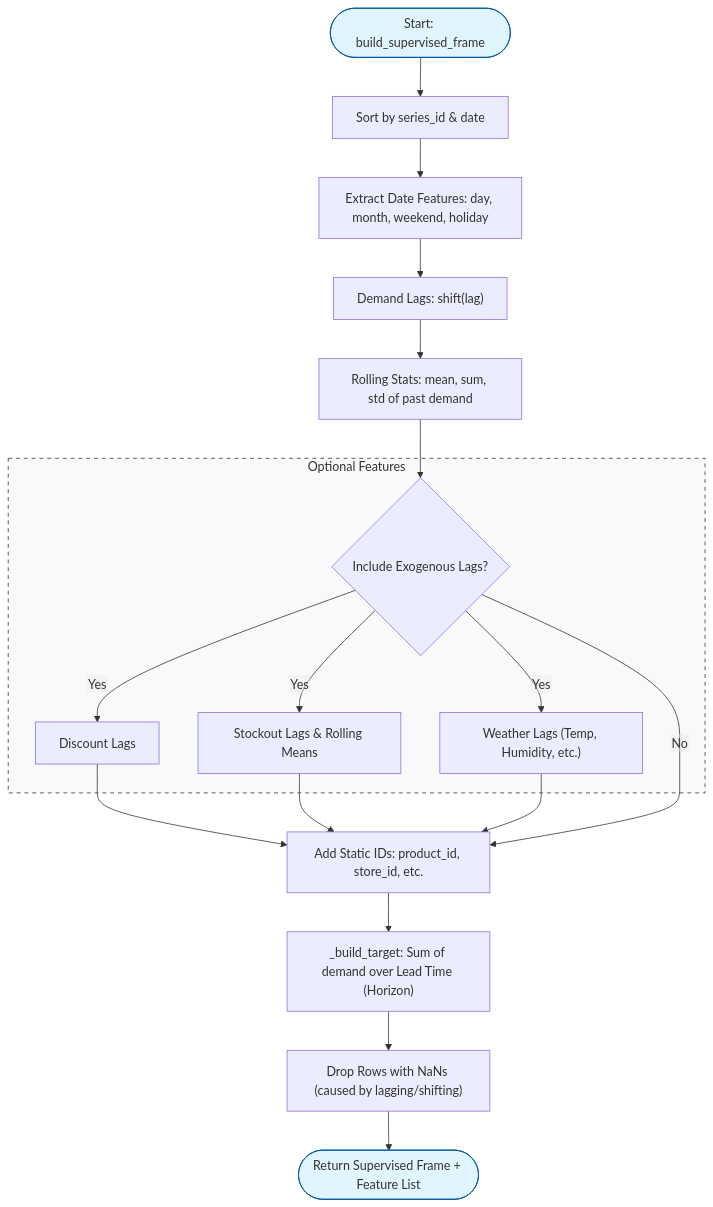
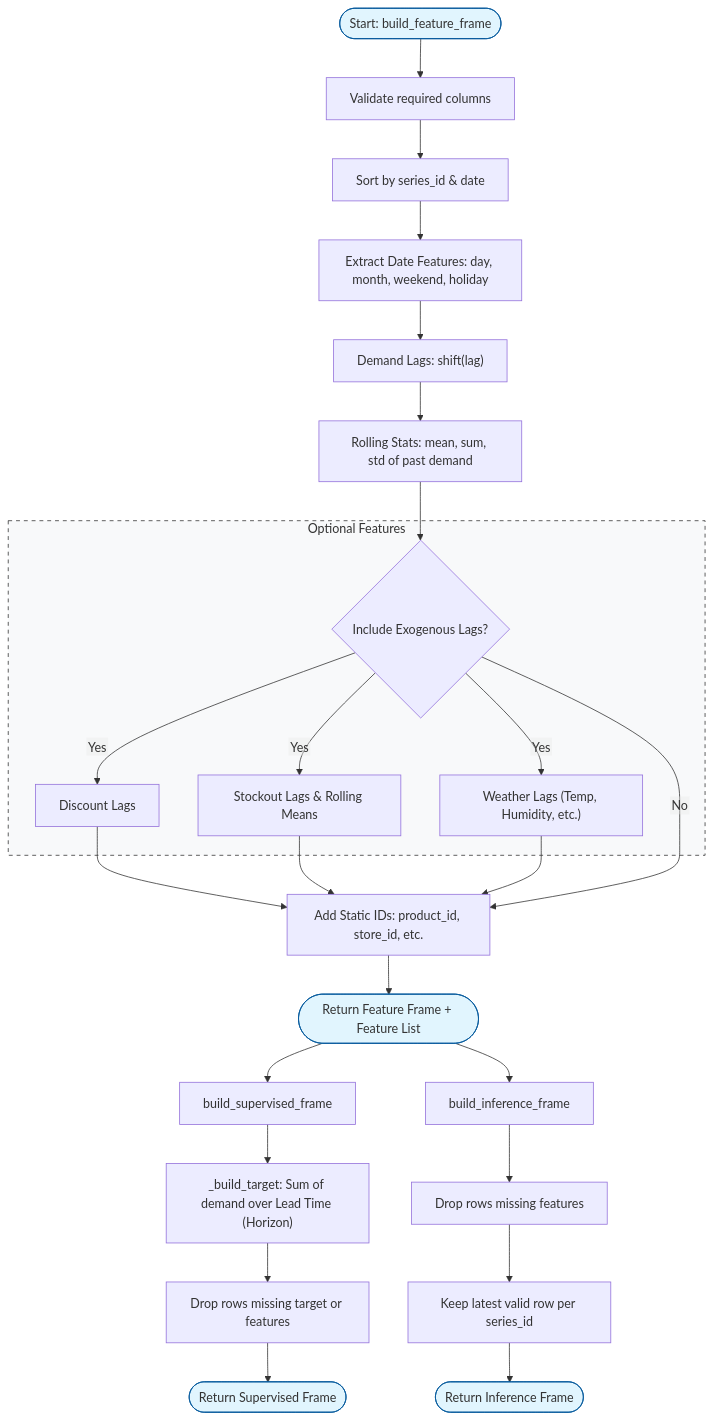
Before and after one commit to ArtemMindlin/retail-demand-forecasting-system: the diagram in src/retail_forecasting/features/FEATURE_ENGINEERING_FLOW.md, drawn with Mermaid. The commit also changed other lines of this file and 4 other files, not shown here.

Commit message:
refactor: split feature engineering train and inference frames

````diff
--- a/src/retail_forecasting/features/FEATURE_ENGINEERING_FLOW.md
+++ b/src/retail_forecasting/features/FEATURE_ENGINEERING_FLOW.md
@@ -5,31 +5,41 @@
 ```mermaid
 %%{init: { 'flowchart': { 'htmlLabels': false } } }%%
 graph TD
-    Start(["Start: build_supervised_frame"]) --> Sort["Sort by series_id & date"]
+    Start(["Start: build_feature_frame"]) --> Validate["Validate required columns"]
+    Validate --> Sort["Sort by series_id & date"]
     Sort --> DateFeat["Extract Date Features: day, month, weekend, holiday"]
     
     DateFeat --> Lags["Demand Lags: shift(lag)"]
     Lags --> Rolling["Rolling Stats: mean, sum, std of past demand"]
     
     Rolling --> Exog{"Include Exogenous Lags?"}
     
     subgraph Exogenous_Features ["Optional Features"]
         Exog -- "Yes" --> Discount["Discount Lags"]
         Exog -- "Yes" --> Stockout["Stockout Lags & Rolling Means"]
         Exog -- "Yes" --> Weather["Weather Lags (Temp, Humidity, etc.)"]
     end
     
     Discount --> Static["Add Static IDs: product_id, store_id, etc."]
     Stockout --> Static
     Weather --> Static
     Exog -- "No" --> Static
 
-    Static --> Target["_build_target: Sum of demand over Lead Time (Horizon)"]
-    
-    Target --> Cleaning["Drop Rows with NaNs (caused by lagging/shifting)"]
-    Cleaning --> End(["Return Supervised Frame + Feature List"])
+    Static --> SharedEnd(["Return Feature Frame + Feature List"])
+
+    SharedEnd --> Supervised["build_supervised_frame"]
+    Supervised --> Target["_build_target: Sum of demand over Lead Time (Horizon)"]
+    Target --> TrainClean["Drop rows missing target or features"]
+    TrainClean --> TrainEnd(["Return Supervised Frame"])
+
+    SharedEnd --> Inference["build_inference_frame"]
+    Inference --> InferenceClean["Drop rows missing features"]
+    InferenceClean --> Latest["Keep latest valid row per series_id"]
+    Latest --> InferenceEnd(["Return Inference Frame"])
 
     style Start fill:#e1f5fe,stroke:#01579b
-    style End fill:#e1f5fe,stroke:#01579b
+    style SharedEnd fill:#e1f5fe,stroke:#01579b
+    style TrainEnd fill:#e1f5fe,stroke:#01579b
+    style InferenceEnd fill:#e1f5fe,stroke:#01579b
     style Exogenous_Features fill:#f8f9fa,stroke:#333,stroke-dasharray: 5 5
 ```
````
